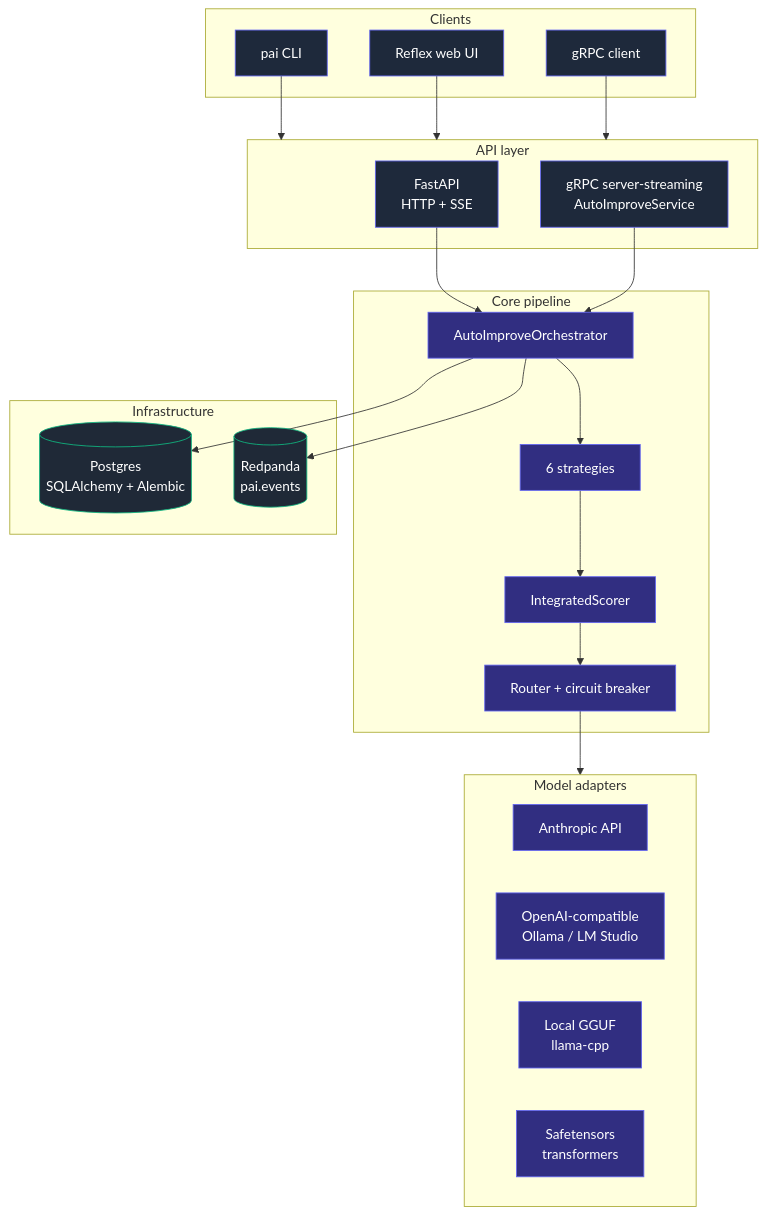
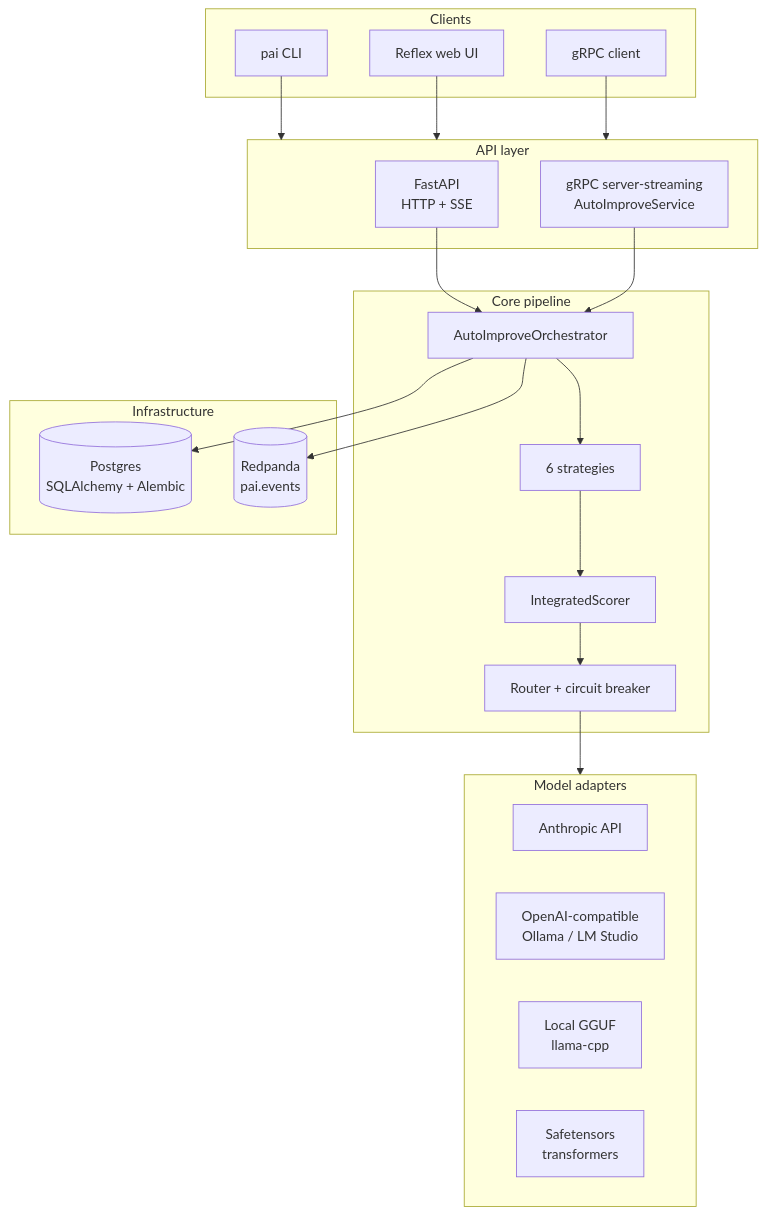
One commit to benzlokzik/prompt-autoimprove changed the second of 3 diagrams in docs/architecture.md. Above: the diagram before and after it, drawn with Mermaid. The commit also changed other lines of this file and 20 other files, not shown here.

````diff
--- a/docs/architecture.md
+++ b/docs/architecture.md
@@ -30,46 +25,39 @@
 ```mermaid
 flowchart TB
     subgraph clients[Clients]
         cli[pai CLI]
         web[Reflex web UI]
         grpc_cli[gRPC client]
     end
 
     subgraph api[API layer]
         http[FastAPI<br/>HTTP + SSE]
         grpc[gRPC server-streaming<br/>AutoImproveService]
     end
 
     subgraph core[Core pipeline]
         orchestrator[AutoImproveOrchestrator]
         strategies[6 strategies]
         evaluator[IntegratedScorer]
         router[Router + circuit breaker]
     end
 
     subgraph adapters[Model adapters]
         anthropic[Anthropic API]
         openai[OpenAI-compatible<br/>Ollama / LM Studio]
         gguf[Local GGUF<br/>llama-cpp]
         hf[Safetensors<br/>transformers]
     end
 
     subgraph infra[Infrastructure]
         pg[(Postgres<br/>SQLAlchemy + Alembic)]
         kafka[(Redpanda<br/>pai.events)]
     end
 
     cli & web & grpc_cli --> api
     http --> orchestrator
     grpc --> orchestrator
     orchestrator --> strategies --> evaluator --> router --> adapters
     orchestrator --> pg
     orchestrator --> kafka
-
-    classDef io fill:#1e293b,stroke:#6366f1,color:#fff
-    classDef core fill:#312e81,stroke:#6366f1,color:#fff
-    classDef infra fill:#1f2937,stroke:#10b981,color:#fff
-    class cli,web,grpc_cli,http,grpc io
-    class orchestrator,strategies,evaluator,router,anthropic,openai,gguf,hf core
-    class pg,kafka infra
 ```
````
